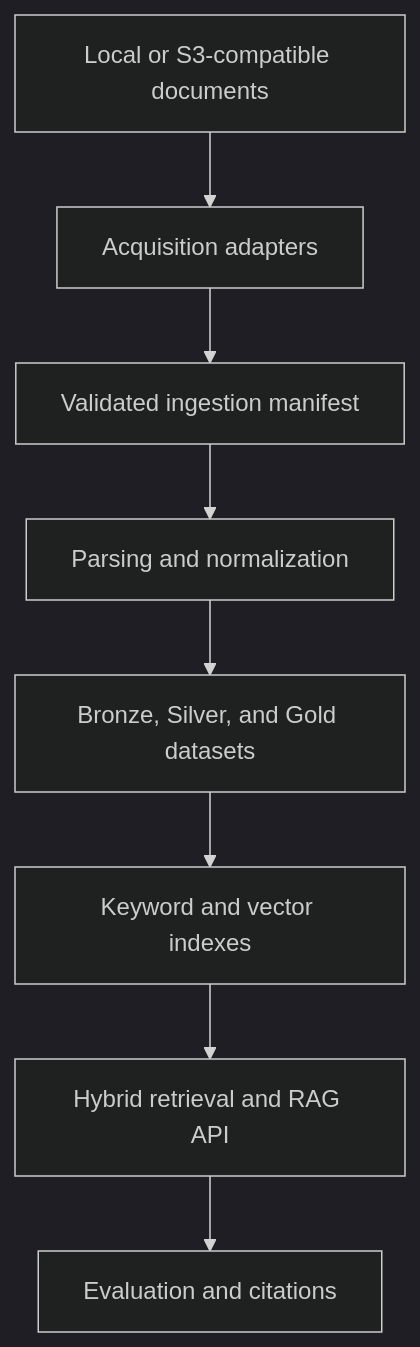
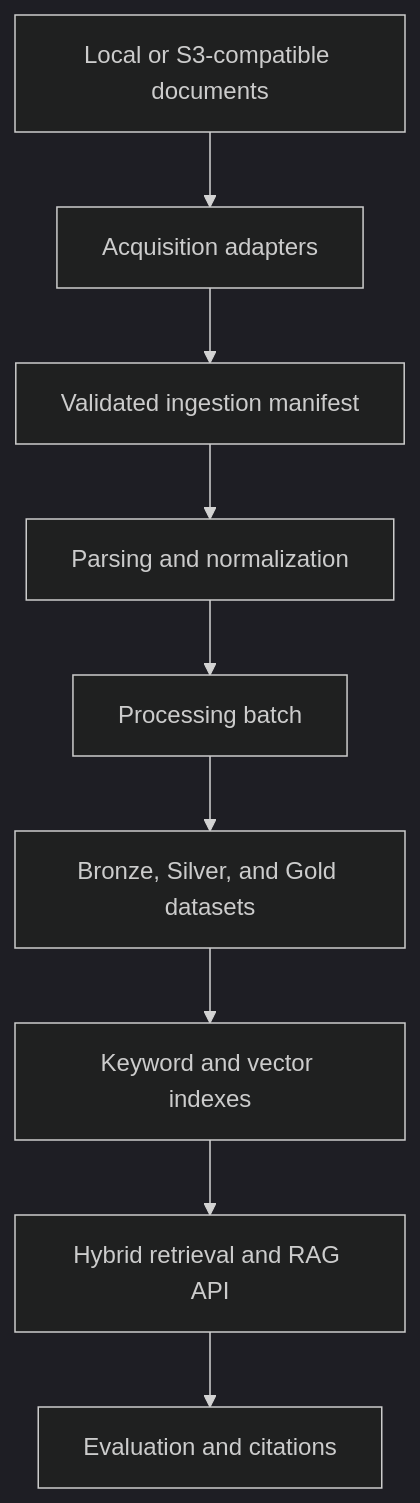
One commit to edinbula/enterprise-document-intelligence-rag changed the diagram in README.md. Above: the diagram before and after it, drawn with Mermaid (dark theme). The commit also changed other lines of this file, not shown here.

Commit message:
docs: document local processing workflow

````diff
--- a/README.md
+++ b/README.md
@@ -47,10 +64,11 @@
 ```mermaid
 flowchart TD
     A["Local or S3-compatible documents"] --> B["Acquisition adapters"]
     B --> C["Validated ingestion manifest"]
     C --> D["Parsing and normalization"]
-    D --> E["Bronze, Silver, and Gold datasets"]
-    E --> F["Keyword and vector indexes"]
-    F --> G["Hybrid retrieval and RAG API"]
-    G --> H["Evaluation and citations"]
+    D --> E["Processing batch"]
+    E --> F["Bronze, Silver, and Gold datasets"]
+    F --> G["Keyword and vector indexes"]
+    G --> H["Hybrid retrieval and RAG API"]
+    H --> I["Evaluation and citations"]
 ```
````
